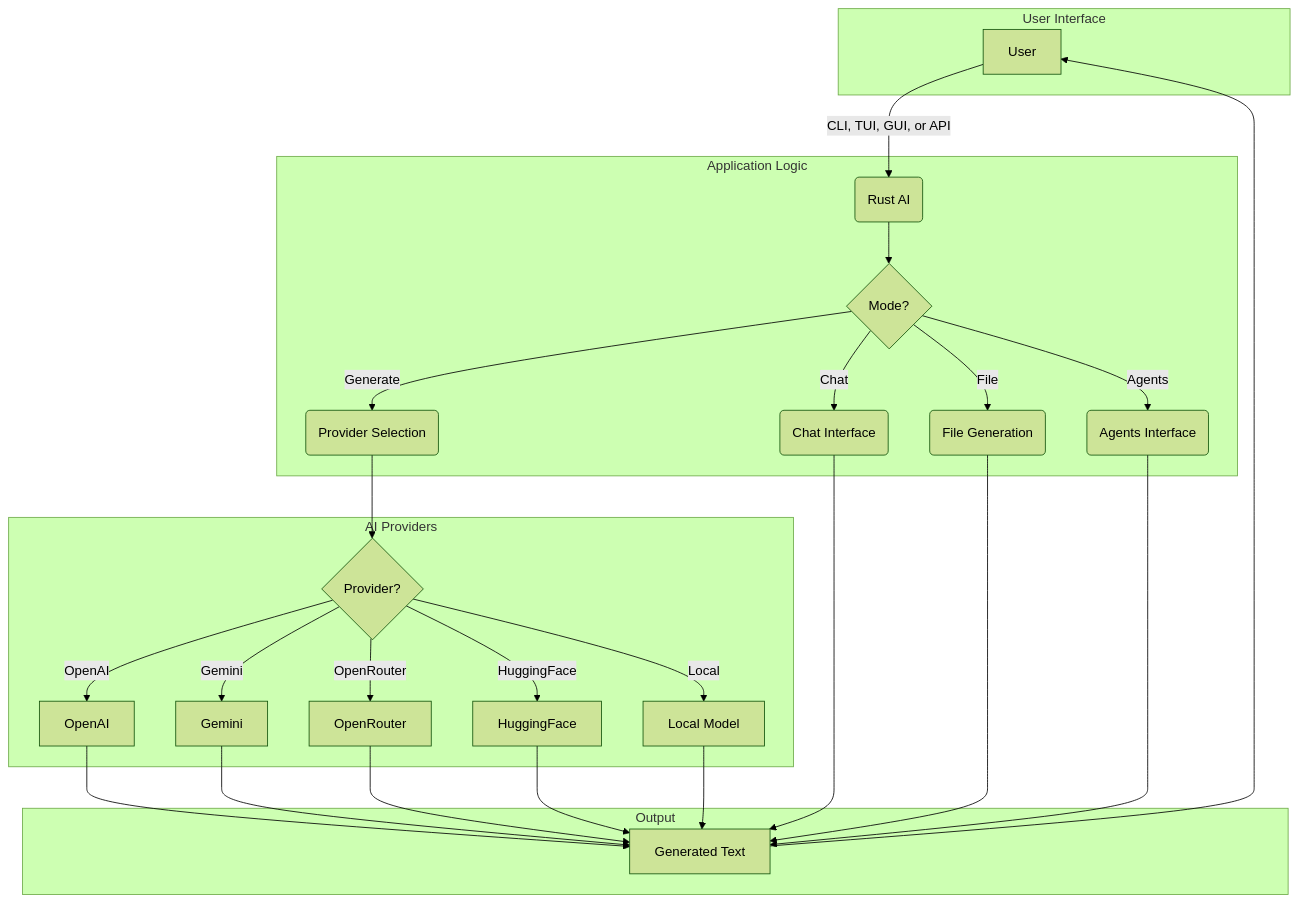
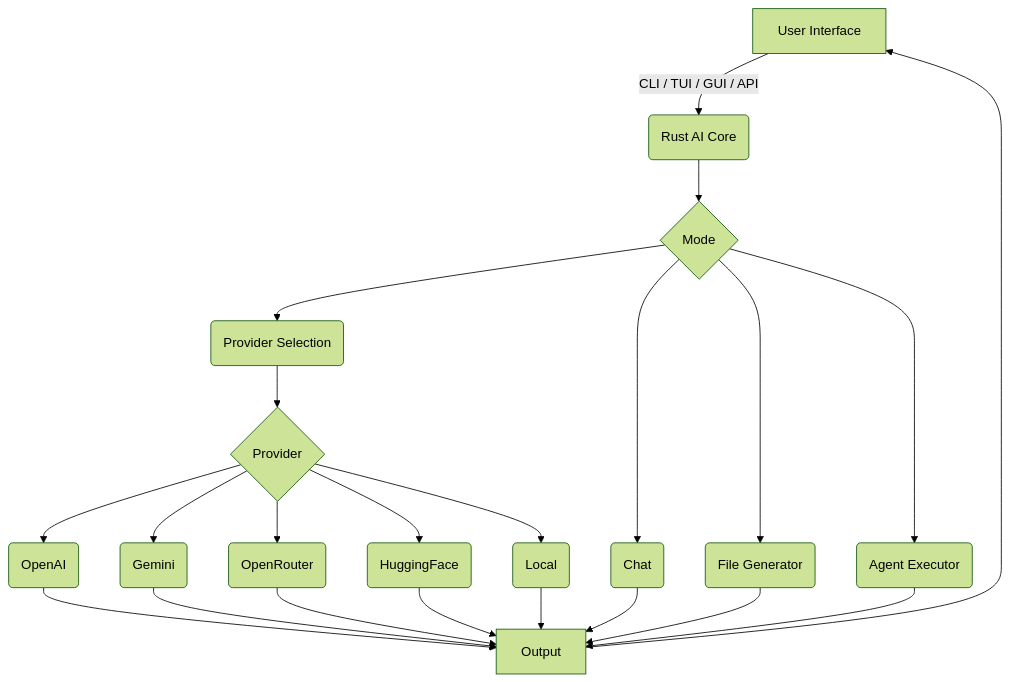
Before and after one commit to Ammar-Alnagar/RustaceanAI: the diagram in README.md, drawn with Mermaid (forest theme). The commit also changed other lines of this file, not shown here.

````diff
--- a/README.md
+++ b/README.md
@@ -114,50 +120,24 @@
 ```mermaid
 graph TD
-    subgraph User Interface
-        A[User]
-    end
-
-    subgraph Application Logic
-        B(Rust AI)
-        C{Mode?}
-        D(Provider Selection)
-        E(Chat Interface)
-        F(File Generation)
-        G(Agents Interface)
-    end
-
-    subgraph AI Providers
-        H{Provider?}
-        I[OpenAI]
-        J[Gemini]
-        K[OpenRouter]
-        L[HuggingFace]
-        M[Local Model]
-    end
-
-    subgraph Output
-        N[Generated Text]
-    end
-
-    A -->|CLI, TUI, GUI, or API| B
-    B --> C
-    C -->|Generate| D
-    C -->|Chat| E
-    C -->|File| F
-    C -->|Agents| G
-    D --> H
-    H -->|OpenAI| I
-    H -->|Gemini| J
-    H -->|OpenRouter| K
-    H -->|HuggingFace| L
-    H -->|Local| M
-    I --> N
+    A[User Interface] -->|CLI / TUI / GUI / API| B(Rust AI Core)
+    B --> C{Mode}
+    C --> D(Provider Selection)
+    C --> E(Chat)
+    C --> F(File Generator)
+    C --> G(Agent Executor)
+    D --> H{Provider}
+    H --> I(OpenAI)
+    H --> J(Gemini)
+    H --> K(OpenRouter)
+    H --> L(HuggingFace)
+    H --> M(Local)
+    I --> N[Output]
     J --> N
     K --> N
     L --> N
     M --> N
     E --> N
     F --> N
     G --> N
     N --> A
 ```
````
